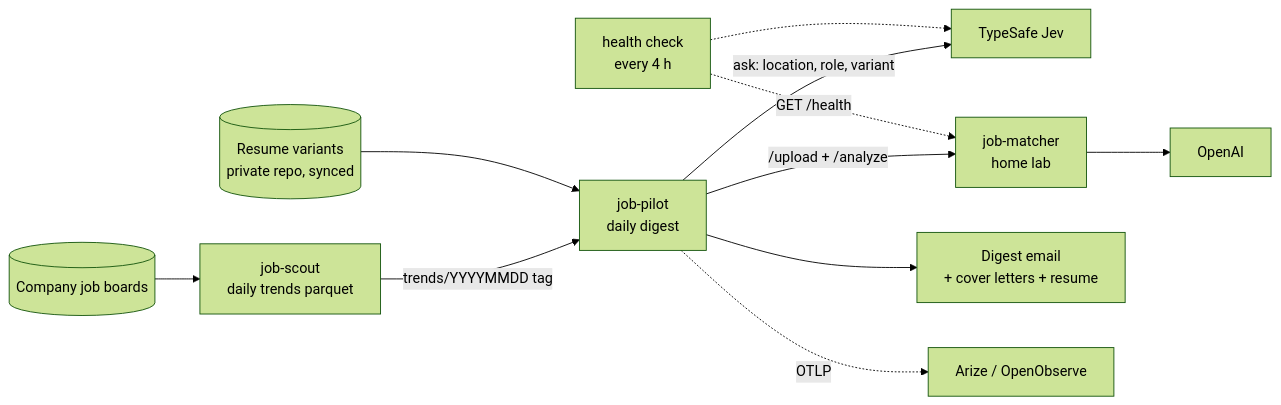
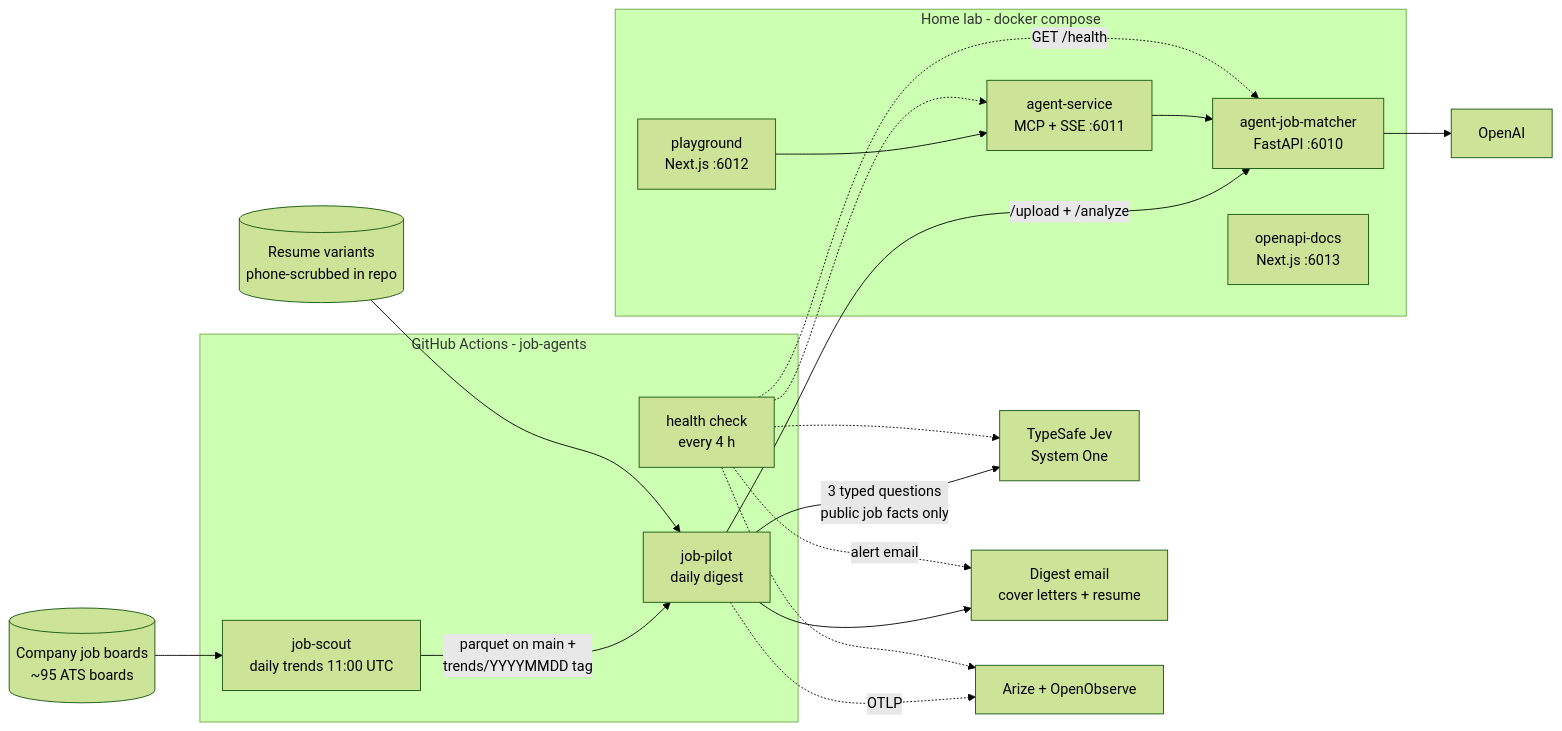
The first of 2 diagrams in docs/ARCHITECTURE.md (senthilsweb/job-agents), drawn with Mermaid (forest theme) before and after one commit. The commit also changed other lines of this file and 16 other files, not shown here.

First line of the commit message:
docs: README, architecture, deployment guide and Jev gate page

````diff
--- a/docs/ARCHITECTURE.md
+++ b/docs/ARCHITECTURE.md
@@ -3,13 +8,33 @@
 ```mermaid
 flowchart LR
-    BOARDS[(Company job boards)] --> SCOUT[job-scout<br/>daily trends parquet]
-    SCOUT -->|trends/YYYYMMDD tag| PILOT[job-pilot<br/>daily digest]
-    RESUME[(Resume variants<br/>private repo, synced)] --> PILOT
-    PILOT -->|ask: location, role, variant| JEV[TypeSafe Jev]
-    PILOT -->|/upload + /analyze| MATCHER[job-matcher<br/>home lab]
-    MATCHER --> LLM[OpenAI]
-    PILOT --> MAIL[Digest email<br/>+ cover letters + resume]
-    HEALTH[health check<br/>every 4 h] -.->|GET /health| MATCHER
+    BOARDS[(Company job boards<br/>~95 ATS boards)] --> SCOUT
+
+    subgraph GH[GitHub Actions - job-agents]
+      SCOUT[job-scout<br/>daily trends 11:00 UTC]
+      PILOT[job-pilot<br/>daily digest]
+      HEALTH[health check<br/>every 4 h]
+    end
+
+    SCOUT -->|parquet on main +<br/>trends/YYYYMMDD tag| PILOT
+    RESUME[(Resume variants<br/>phone-scrubbed in repo)] --> PILOT
+    PILOT -->|3 typed questions<br/>public job facts only| JEV[TypeSafe Jev<br/>System One]
+    PILOT -->|/upload + /analyze| API
+
+    subgraph LAB[Home lab - docker compose]
+      API[agent-job-matcher<br/>FastAPI :6010]
+      AGENT[agent-service<br/>MCP + SSE :6011]
+      PG[playground<br/>Next.js :6012]
+      DOCS[openapi-docs<br/>Next.js :6013]
+      AGENT --> API
+      PG --> AGENT
+    end
+
+    API --> LLM[OpenAI]
+    PILOT --> MAIL[Digest email<br/>cover letters + resume]
+    PILOT -.->|OTLP| TRACES[Arize + OpenObserve]
+    HEALTH -.->|GET /health| API
+    HEALTH -.-> AGENT
     HEALTH -.-> JEV
-    PILOT -.->|OTLP| TRACES[Arize / OpenObserve]
+    HEALTH -.-> TRACES
+    HEALTH -.->|alert email| MAIL
 ```
````
